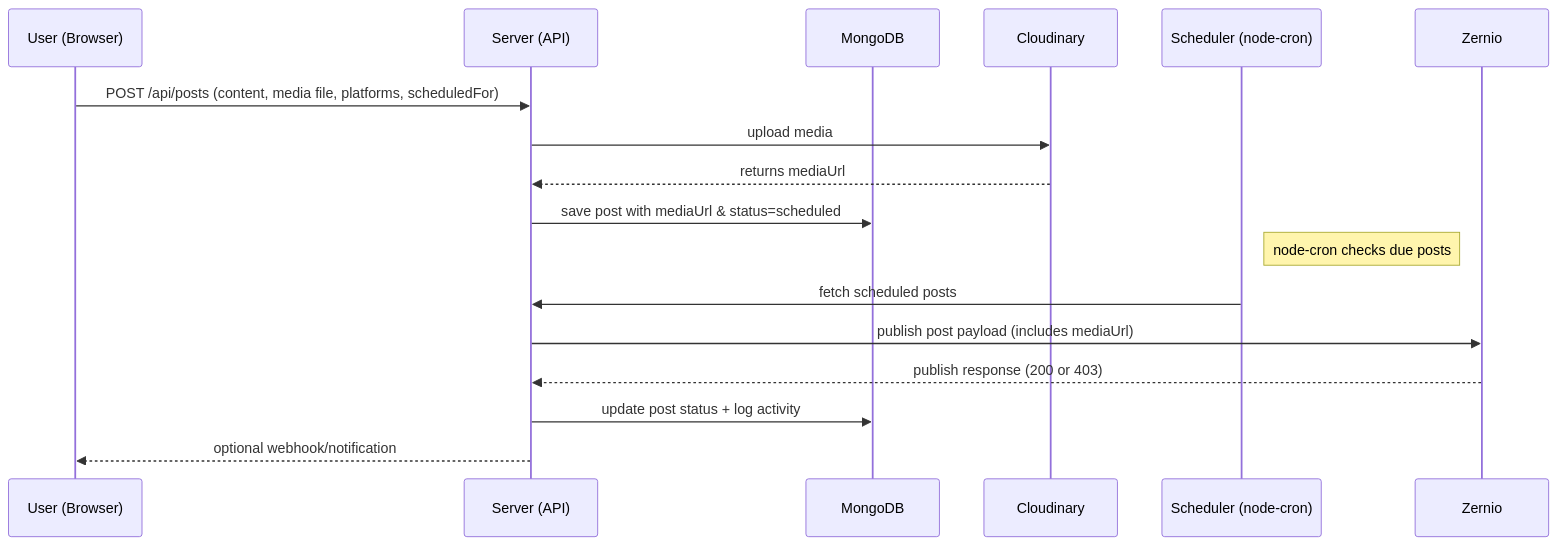
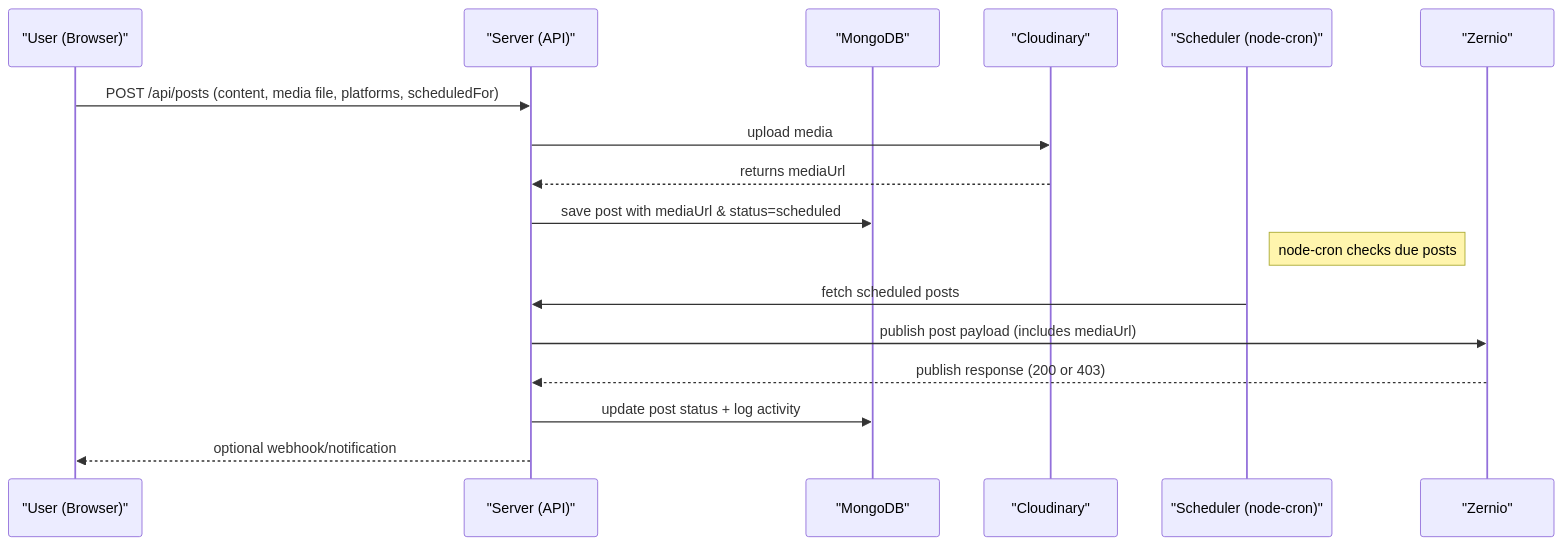
One commit to KSAISUCHITH/Social-Media-Scheduler changed the second of 3 diagrams in README.md. Above: the diagram before and after it, drawn with Mermaid. The commit also changed other lines of this file, not shown here.

````diff
--- a/README.md
+++ b/README.md
@@ -43,20 +43,20 @@
 ```mermaid
 sequenceDiagram
-  participant U as User (Browser)
-  participant C as Server (API)
-  participant DB as MongoDB
-  participant CL as Cloudinary
-  participant SCH as Scheduler (node-cron)
-  participant Z as Zernio
+  participant U as "User (Browser)"
+  participant C as "Server (API)"
+  participant DB as "MongoDB"
+  participant CL as "Cloudinary"
+  participant SCH as "Scheduler (node-cron)"
+  participant Z as "Zernio"
 
   U->>C: POST /api/posts (content, media file, platforms, scheduledFor)
   C->>CL: upload media
   CL-->>C: returns mediaUrl
   C->>DB: save post with mediaUrl & status=scheduled
   Note right of SCH: node-cron checks due posts
   SCH->>C: fetch scheduled posts
   C->>Z: publish post payload (includes mediaUrl)
   Z-->>C: publish response (200 or 403)
   C->>DB: update post status + log activity
   C-->>U: optional webhook/notification
 ```
````
